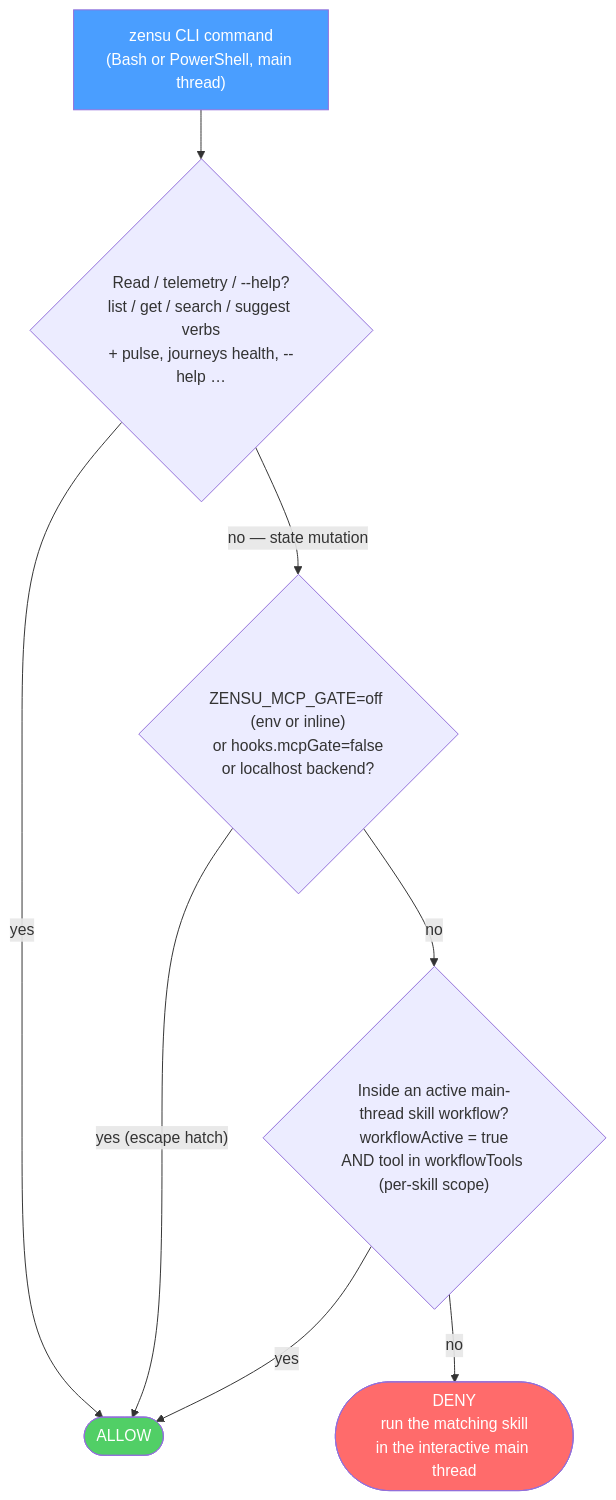
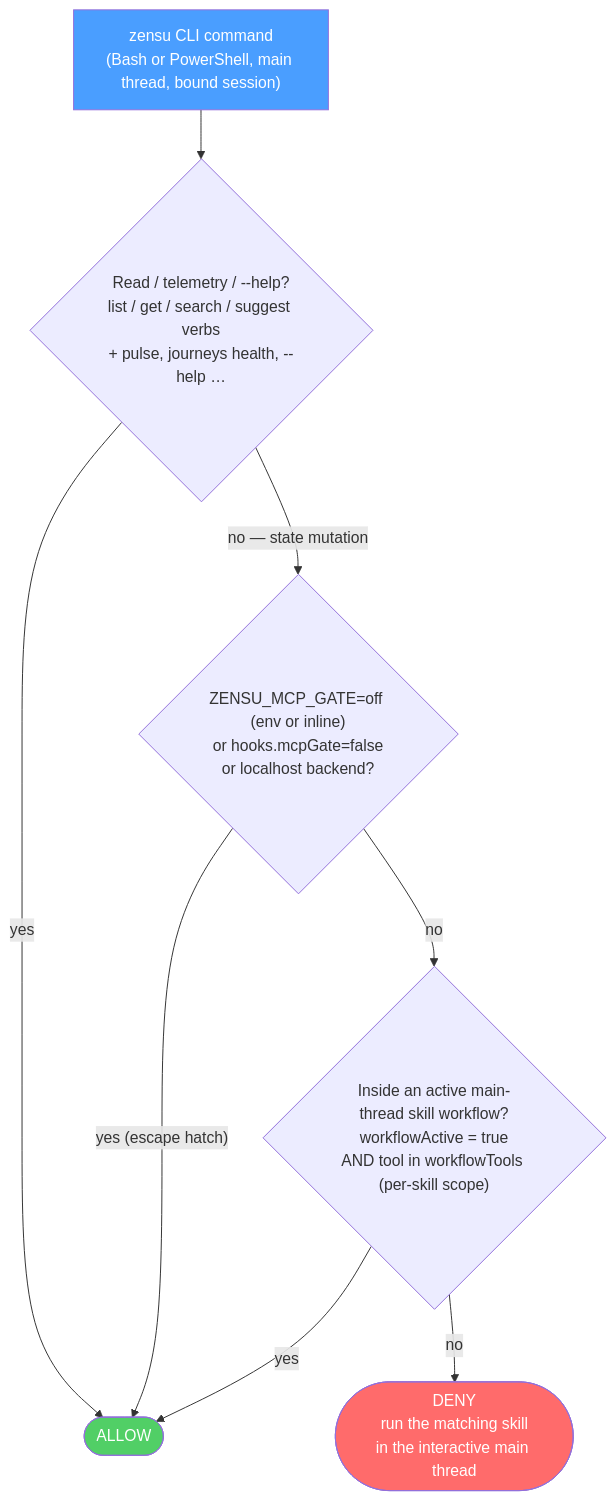
The diagram in docs/gates.md (MKITConsulting/zensu-claude-code), drawn with Mermaid before and after one commit. The commit also changed other lines of this file and 16 other files, not shown here.

````diff
--- a/docs/gates.md
+++ b/docs/gates.md
@@ -105,14 +107,14 @@
 ```mermaid
 flowchart TD
-    A["zensu CLI command<br/>(Bash or PowerShell, main thread)"] --> B{"Read / telemetry / --help?<br/>list / get / search / suggest verbs<br/>+ pulse, journeys health, --help …"}
+    A["zensu CLI command<br/>(Bash or PowerShell, main thread, bound session)"] --> B{"Read / telemetry / --help?<br/>list / get / search / suggest verbs<br/>+ pulse, journeys health, --help …"}
     B -->|"yes"| ALLOW(["ALLOW"])
     B -->|"no — state mutation"| C{"ZENSU_MCP_GATE=off (env or inline)<br/>or hooks.mcpGate=false<br/>or localhost backend?"}
     C -->|"yes (escape hatch)"| ALLOW
     C -->|"no"| E{"Inside an active main-thread skill workflow?<br/>workflowActive = true<br/>AND tool in workflowTools (per-skill scope)"}
     E -->|"yes"| ALLOW
     E -->|"no"| DENY(["DENY<br/>run the matching skill<br/>in the interactive main thread"])
 
     style A fill:#4a9eff,color:#fff
     style ALLOW fill:#51cf66,color:#fff
     style DENY fill:#ff6b6b,color:#fff
 ```
````
